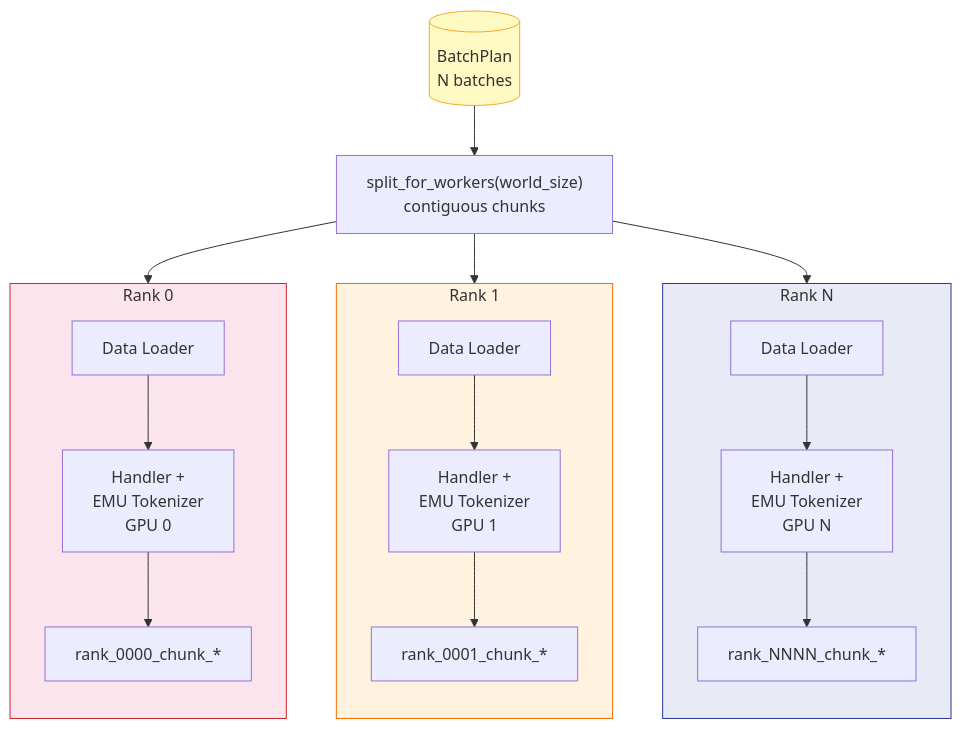
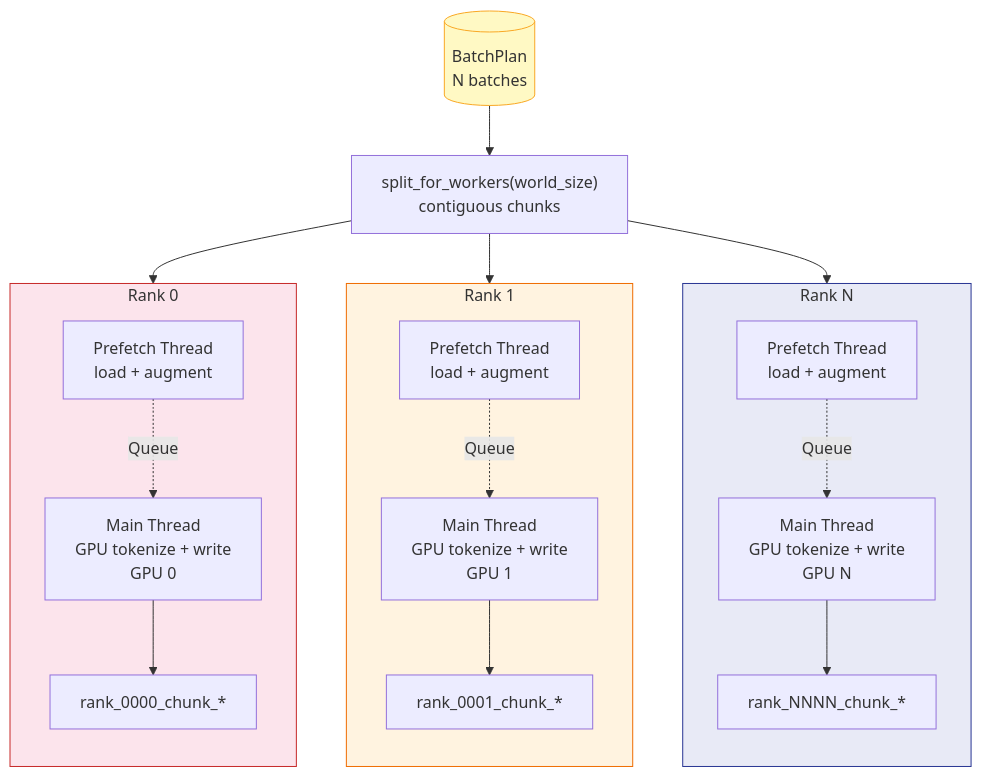
The ninth of 11 diagrams in vision_tokenization/README.md (swiss-ai/benchmark-image-tokenzier), drawn with Mermaid before and after one commit. The commit also changed other lines of this file and 7 other files, not shown here.

````diff
--- a/vision_tokenization/README.md
+++ b/vision_tokenization/README.md
@@ -573,28 +598,28 @@
 ```mermaid
 graph TD
     BP[("BatchPlan<br/>N batches")] --> SPLIT["split_for_workers(world_size)<br/>contiguous chunks"]
 
     SPLIT --> R0 & R1 & RN
 
     subgraph R0["Rank 0"]
         direction TB
-        L0["Data Loader"] --> H0["Handler +<br/>EMU Tokenizer<br/>GPU 0"] --> O0["rank_0000_chunk_*"]
+        PF0["Prefetch Thread<br/>load + augment"] -.->|"Queue"| H0["Main Thread<br/>GPU tokenize + write<br/>GPU 0"] --> O0["rank_0000_chunk_*"]
     end
 
     subgraph R1["Rank 1"]
         direction TB
-        L1["Data Loader"] --> H1["Handler +<br/>EMU Tokenizer<br/>GPU 1"] --> O1["rank_0001_chunk_*"]
+        PF1["Prefetch Thread<br/>load + augment"] -.->|"Queue"| H1["Main Thread<br/>GPU tokenize + write<br/>GPU 1"] --> O1["rank_0001_chunk_*"]
     end
 
     subgraph RN["Rank N"]
         direction TB
-        LN["Data Loader"] --> HN["Handler +<br/>EMU Tokenizer<br/>GPU N"] --> ON["rank_NNNN_chunk_*"]
+        PFN["Prefetch Thread<br/>load + augment"] -.->|"Queue"| HN["Main Thread<br/>GPU tokenize + write<br/>GPU N"] --> ON["rank_NNNN_chunk_*"]
     end
 
     click SPLIT href "https://github.com/swiss-ai/benchmark-image-tokenzier/blob/main/vision_tokenization/indexing/clustered_batch_planner.py"
 
     style BP fill:#fff9c4,stroke:#F9A825
     style R0 fill:#fce4ec,stroke:#C62828
     style R1 fill:#fff3e0,stroke:#EF6C00
     style RN fill:#e8eaf6,stroke:#283593
 ```
````
